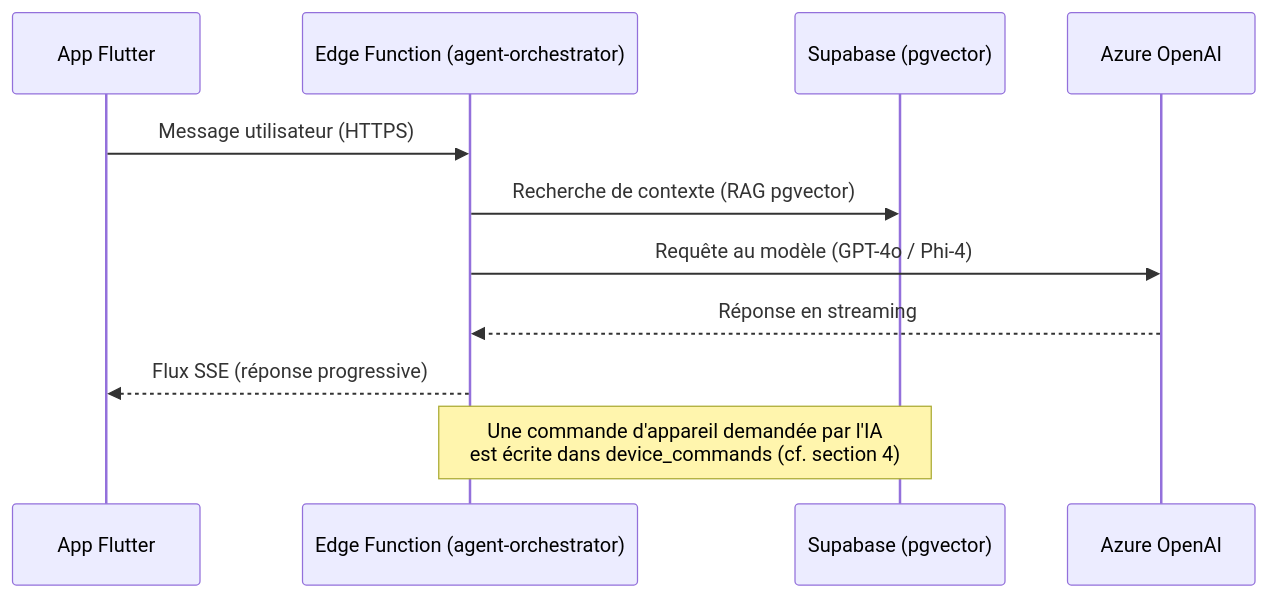
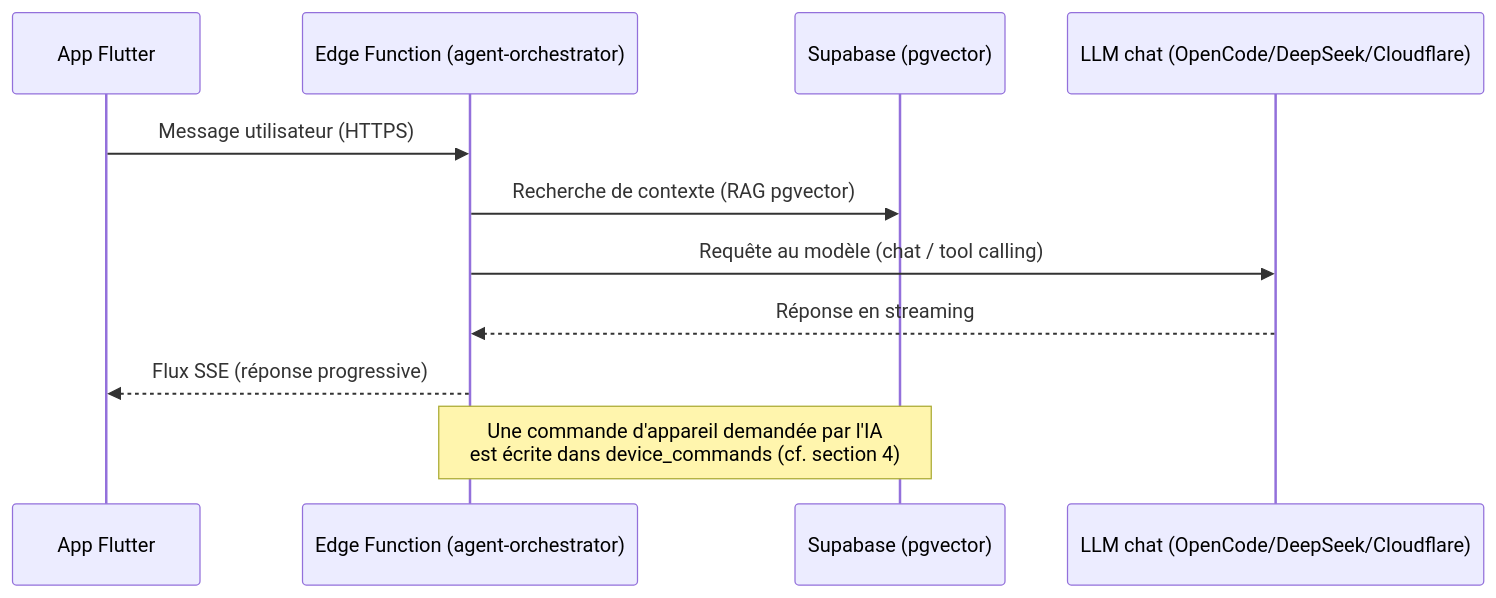
One commit to HackerGit29/flutter changed the fourth of 4 diagrams in docs/architecture-reseau.md. Above: the diagram before and after it, drawn with Mermaid. The commit also changed other lines of this file, not shown here.

Commit message:
docs: topo réseau — EMQX, Cloudflare Containers, IA scindée

````diff
--- a/docs/architecture-reseau.md
+++ b/docs/architecture-reseau.md
@@ -164,14 +178,14 @@
 ```mermaid
 sequenceDiagram
   participant App as App Flutter
   participant EF as Edge Function (agent-orchestrator)
   participant DB as Supabase (pgvector)
-  participant AO as Azure OpenAI
+  participant AO as LLM chat (OpenCode/DeepSeek/Cloudflare)
 
   App->>EF: Message utilisateur (HTTPS)
   EF->>DB: Recherche de contexte (RAG pgvector)
-  EF->>AO: Requête au modèle (GPT-4o / Phi-4)
+  EF->>AO: Requête au modèle (chat / tool calling)
   AO-->>EF: Réponse en streaming
   EF-->>App: Flux SSE (réponse progressive)
   Note over EF,DB: Une commande d'appareil demandée par l'IA<br/>est écrite dans device_commands (cf. section 4)
 ```
````
